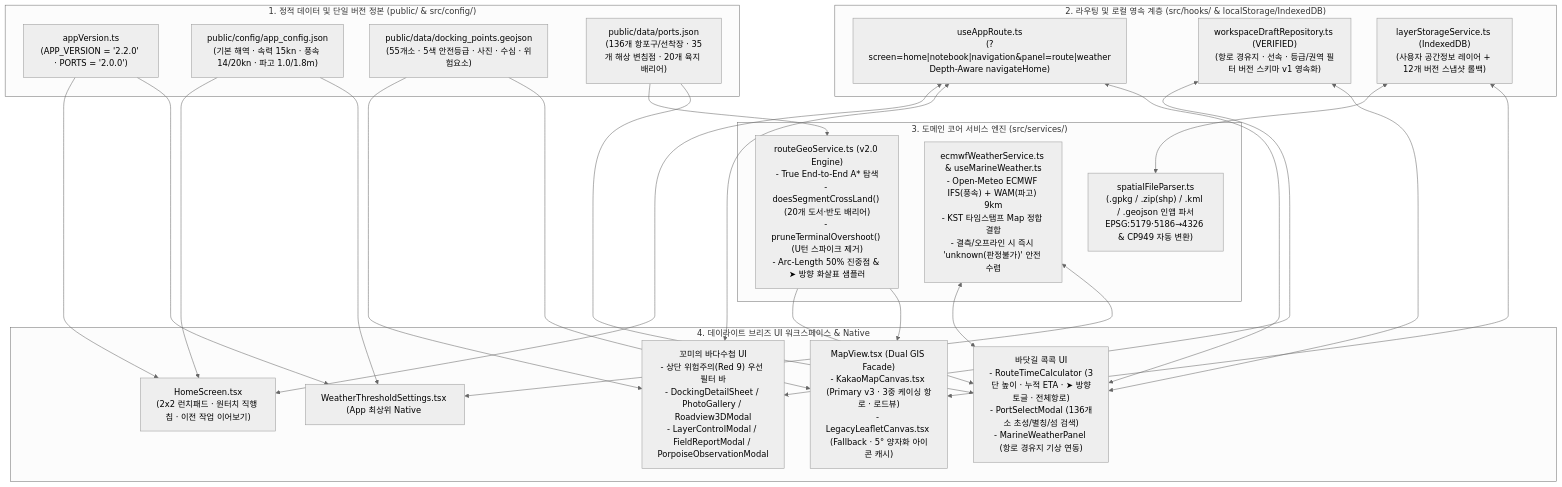
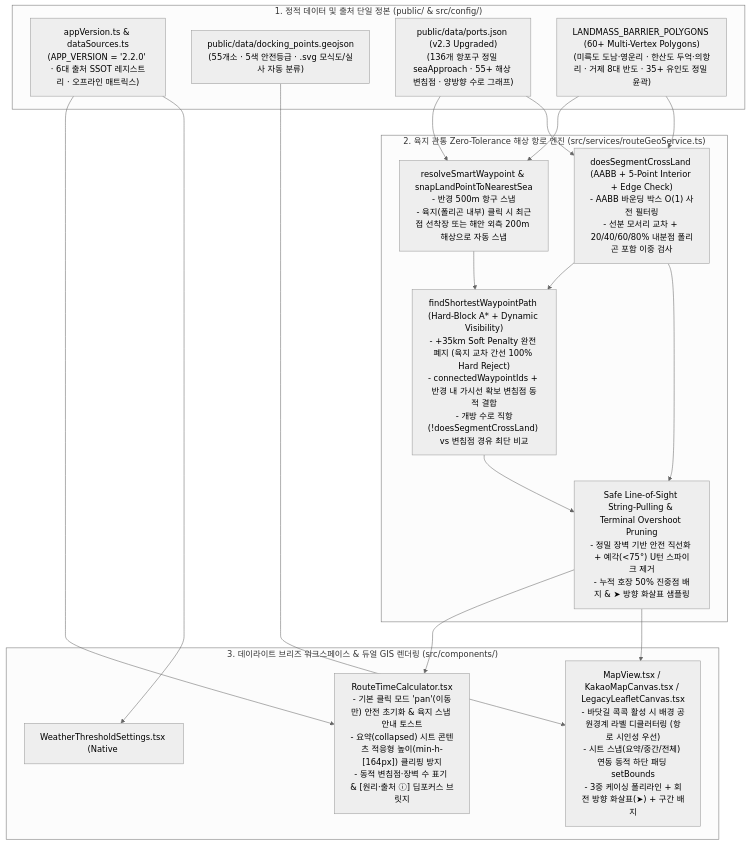
Before and after one commit to gunnysis/bada-kkomkkomi: the diagram in docs/ARCHITECTURE_AND_DESIGN.md, drawn with Mermaid (neutral theme). The commit also changed other lines of this file and 15 other files, not shown here.

Commit message:
feat(navigation): implement OSM 378-polygon 2-Tier hybrid sea routing engine with zero land crossing

````diff
--- a/docs/ARCHITECTURE_AND_DESIGN.md
+++ b/docs/ARCHITECTURE_AND_DESIGN.md
@@ -104,38 +97,29 @@
 ```mermaid
 flowchart TD
-    subgraph StaticAndConfig["1. 정적 데이터 및 단일 버전 정본 (public/ & src/config/)"]
-        VER["appVersion.ts\n(APP_VERSION = '2.2.0' · PORTS = '2.0.0')"]
-        CFG["public/config/app_config.json\n(기본 해역 · 속력 15kn · 풍속 14/20kn · 파고 1.0/1.8m)"]
-        DOCK["public/data/docking_points.geojson\n(55개소 · 5색 안전등급 · 사진 · 수심 · 위험요소)"]
-        PORTS["public/data/ports.json\n(136개 항포구/선착장 · 35개 해상 변침점 · 20개 육지 배리어)"]
+    subgraph StaticSSOT["1. 정적 데이터 및 출처 단일 정본 (public/ & src/config/)"]
+        VER["appVersion.ts & dataSources.ts\n(APP_VERSION = '2.2.0' · 6대 출처 SSOT 레지스트리 · 오프라인 매트릭스)"]
+        DOCK["public/data/docking_points.geojson\n(55개소 · 5색 안전등급 · .svg 모식도/실사 자동 분류)"]
+        PORTS["public/data/ports.json (v2.3 Upgraded)\n(136개 항포구 정밀 seaApproach · 55+ 해상 변침점 · 양방향 수로 그래프)"]
+        BARRIERS["LANDMASS_BARRIER_POLYGONS (60+ Multi-Vertex Polygons)\n(미륵도 도남·영운리 · 한산도 두억·의항리 · 거제 8대 반도 · 35+ 유인도 정밀 윤곽)"]
     end
 
-    subgraph RouterAndDraft["2. 라우팅 및 로컬 영속 계층 (src/hooks/ & localStorage/IndexedDB)"]
-        ROUTE_HOOK["useAppRoute.ts\n(?screen=home|notebook|navigation&panel=route|weather\nDepth-Aware navigateHome)"]
-        DRAFT_REPO["workspaceDraftRepository.ts (VERIFIED)\n(항로 경유지 · 선속 · 등급/권역 필터 버전 스키마 v1 영속화)"]
-        LAYER_STORE["layerStorageService.ts (IndexedDB)\n(사용자 공간정보 레이어 + 12개 버전 스냅샷 롤백)"]
+    subgraph RouteEngine["2. 육지 관통 Zero-Tolerance 해상 항로 엔진 (src/services/routeGeoService.ts)"]
+        SNAP["resolveSmartWaypoint & snapLandPointToNearestSea\n- 반경 500m 항구 스냅\n- 육지(폴리곤 내부) 클릭 시 최근접 선착장 또는 해안 외측 200m 해상으로 자동 스냅"]
+        INTERSECT["doesSegmentCrossLand (AABB + 5-Point Interior + Edge Check)\n- AABB 바운딩 박스 O(1) 사전 필터링\n- 선분 모서리 교차 + 20/40/60/80% 내분점 폴리곤 포함 이중 검사"]
+        ASTAR["findShortestWaypointPath (Hard-Block A* + Dynamic Visibility)\n- +35km Soft Penalty 완전 폐지 (육지 교차 간선 100% Hard Reject)\n- connectedWaypointIds + 반경 내 가시선 확보 변침점 동적 결합\n- 개방 수로 직항(!doesSegmentCrossLand) vs 변침점 경유 최단 비교"]
+        PULL["Safe Line-of-Sight String-Pulling & Terminal Overshoot Pruning\n- 정밀 장벽 기반 안전 직선화 + 예각(<75°) U턴 스파이크 제거\n- 누적 호장 50% 진중점 배지 & ➤ 방향 화살표 샘플링"]
     end
 
-    subgraph DomainEngines["3. 도메인 코어 서비스 엔진 (src/services/)"]
-        GEO_ENG["routeGeoService.ts (v2.0 Engine)\n- True End-to-End A* 탐색\n- doesSegmentCrossLand() (20개 도서·반도 배리어)\n- pruneTerminalOvershoot() (U턴 스파이크 제거)\n- Arc-Length 50% 진중점 & ➤ 방향 화살표 샘플러"]
-        WTH_ENG["ecmwfWeatherService.ts & useMarineWeather.ts\n- Open-Meteo ECMWF IFS(풍속) + WAM(파고) 9km\n- KST 타임스탬프 Map 정합 결합\n- 결측/오프라인 시 즉시 'unknown(판정불가)' 안전 수렴"]
-        GIS_PARSER["spatialFileParser.ts\n(.gpkg / .zip(shp) / .kml / .geojson 인앱 파서\nEPSG:5179·5186→4326 & CP949 자동 변환)"]
+    subgraph UIAndGIS["3. 데이라이트 브리즈 워크스페이스 & 듀얼 GIS 렌더링 (src/components/)"]
+        CALC["RouteTimeCalculator.tsx\n- 기본 클릭 모드 'pan'(이동만) 안전 초기화 & 육지 스냅 안내 토스트\n- 요약(collapsed) 시트 콘텐츠 적응형 높이(min-h-[164px]) 클리핑 방지\n- 동적 변침점·장벽 수 표기 & [원리·출처 ⓘ] 딥포커스 브릿지"]
+        MAP["MapView.tsx / KakaoMapCanvas.tsx / LegacyLeafletCanvas.tsx\n- 바닷길 콕콕 활성 시 배경 공원경계 라벨 디클러터링 (항로 시인성 우선)\n- 시트 스냅(요약/중간/전체) 연동 동적 하단 패딩 setBounds\n- 3중 케이싱 폴리라인 + 회전 방향 화살표(➤) + 구간 배지"]
+        SOURCE_MODAL["WeatherThresholdSettings.tsx (Native <dialog>)\n- [기상기준 설정] · [이용 안내] · [데이터·기술 출처] 3탭\n- 🟢 오프라인 3종 vs 🔵 온라인 2종 보드 & 6대 <details> 아코디언"]
     end
 
-    subgraph UIWorkspaces["4. 데이라이트 브리즈 UI 워크스페이스 & Native <dialog> 모달 (src/components/)"]
-        HOME["HomeScreen.tsx\n(2x2 런치패드 · 원터치 직행 칩 · 이전 작업 이어보기)"]
-        MAP_VIEW["MapView.tsx (Dual GIS Facade)\n- KakaoMapCanvas.tsx (Primary v3 · 3중 케이싱 항로 · 로드뷰)\n- LegacyLeafletCanvas.tsx (Fallback · 5° 양자화 아이콘 캐시)"]
-        NOTEBOOK_UI["꼬미의 바다수첩 UI\n- 상단 위험주의(Red 9) 우선 필터 바\n- DockingDetailSheet / PhotoGallery / Roadview3DModal\n- LayerControlModal / FieldReportModal / PorpoiseObservationModal"]
-        NAV_UI["바닷길 콕콕 UI\n- RouteTimeCalculator (3단 높이 · 누적 ETA · ➤ 방향토글 · 전체항로)\n- PortSelectModal (136개소 초성/별칭/섬 검색)\n- MarineWeatherPanel (항로 경유지 기상 연동)"]
-        SETTINGS_UI["WeatherThresholdSettings.tsx (App 최상위 Native <dialog>)\n- 풍속·파고 기준치 설정 (역전 방지 · m/s 환산 · 기본값 복원)\n- 3대 핵심 기능 이용 안내 & v2.2.0 버전/상태 확인"]
-    end
-
-    VER & CFG --> HOME & SETTINGS_UI
-    DOCK --> NOTEBOOK_UI & MAP_VIEW
-    PORTS --> GEO_ENG & NAV_UI
-    ROUTE_HOOK <--> HOME & NOTEBOOK_UI & NAV_UI
-    DRAFT_REPO <--> NOTEBOOK_UI & NAV_UI
-    LAYER_STORE <--> GIS_PARSER & MAP_VIEW
-    GEO_ENG --> NAV_UI & MAP_VIEW
-    WTH_ENG <--> NAV_UI & SETTINGS_UI
+    VER --> CALC & SOURCE_MODAL
+    DOCK --> MAP
+    PORTS & BARRIERS --> SNAP & INTERSECT
+    SNAP --> ASTAR
+    INTERSECT --> ASTAR & PULL
+    ASTAR --> PULL --> CALC & MAP
 ```
````
